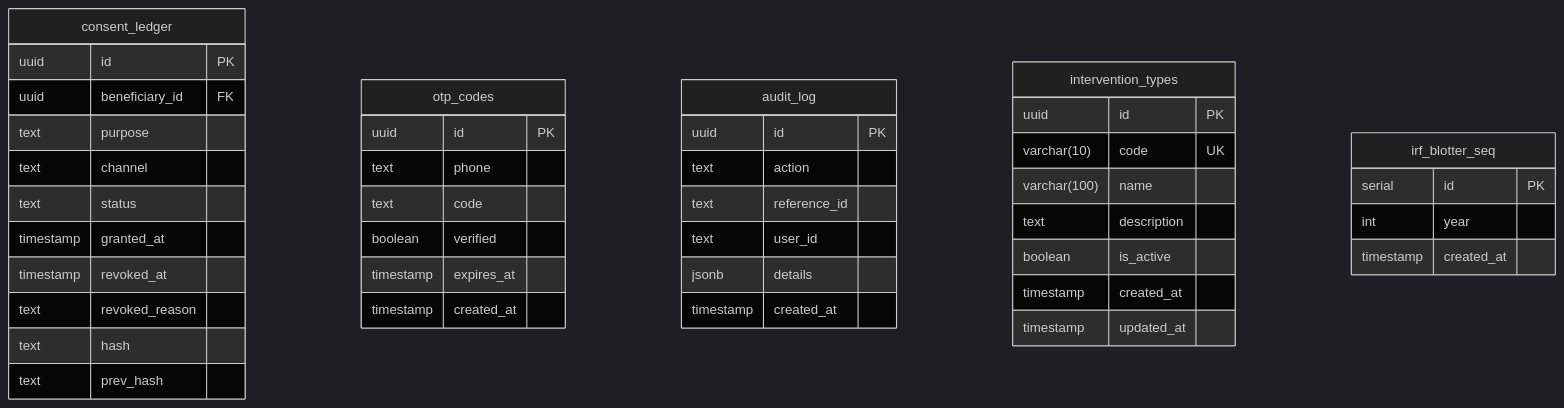
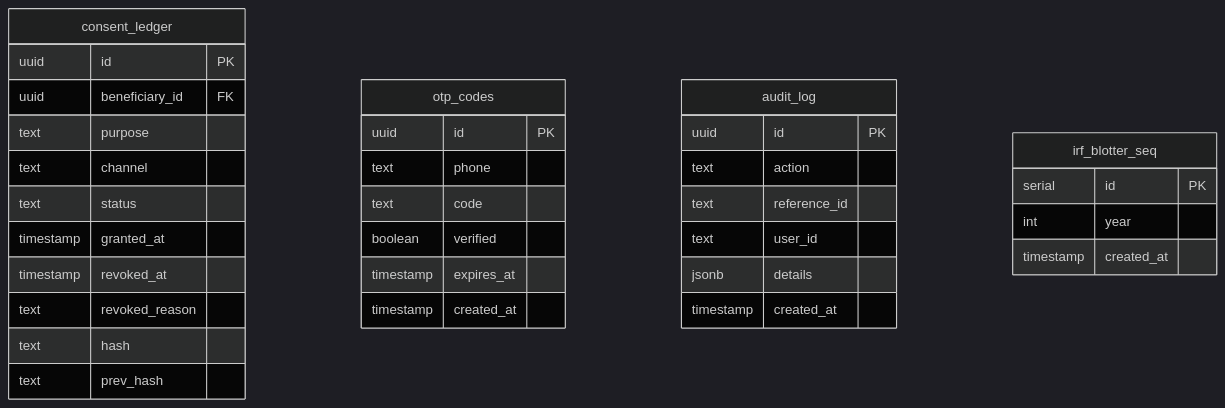
One commit to urlsalimbot/THESIS1-KAPWA changed the tenth of 10 diagrams in docs/diagrams/06-erd.md. Above: the diagram before and after it, drawn with Mermaid (dark theme). The commit also changed other lines of this file and 12 other files, not shown here.

First line of the commit message:
docs: schema, ERD/data-dictionary, eval docs, research, screenshots

````diff
--- a/docs/diagrams/06-erd.md
+++ b/docs/diagrams/06-erd.md
@@ -451,45 +451,36 @@
 ```mermaid
 erDiagram
     consent_ledger {
         uuid id PK
         uuid beneficiary_id FK
         text purpose
         text channel
         text status
         timestamp granted_at
         timestamp revoked_at
         text revoked_reason
         text hash
         text prev_hash
     }
     otp_codes {
         uuid id PK
         text phone
         text code
         boolean verified
         timestamp expires_at
         timestamp created_at
     }
     audit_log {
         uuid id PK
         text action
         text reference_id
         text user_id
         jsonb details
         timestamp created_at
     }
-    intervention_types {
-        uuid id PK
-        varchar(10) code UK
-        varchar(100) name
-        text description
-        boolean is_active
-        timestamp created_at
-        timestamp updated_at
-    }
     irf_blotter_seq {
         serial id PK
         int year
         timestamp created_at
     }
 ```
````
